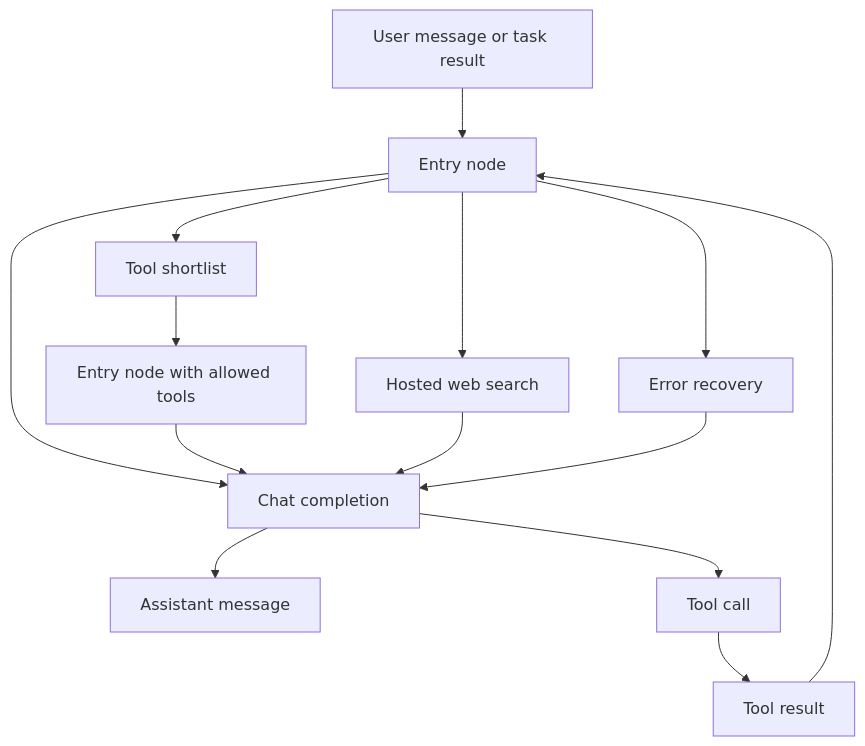
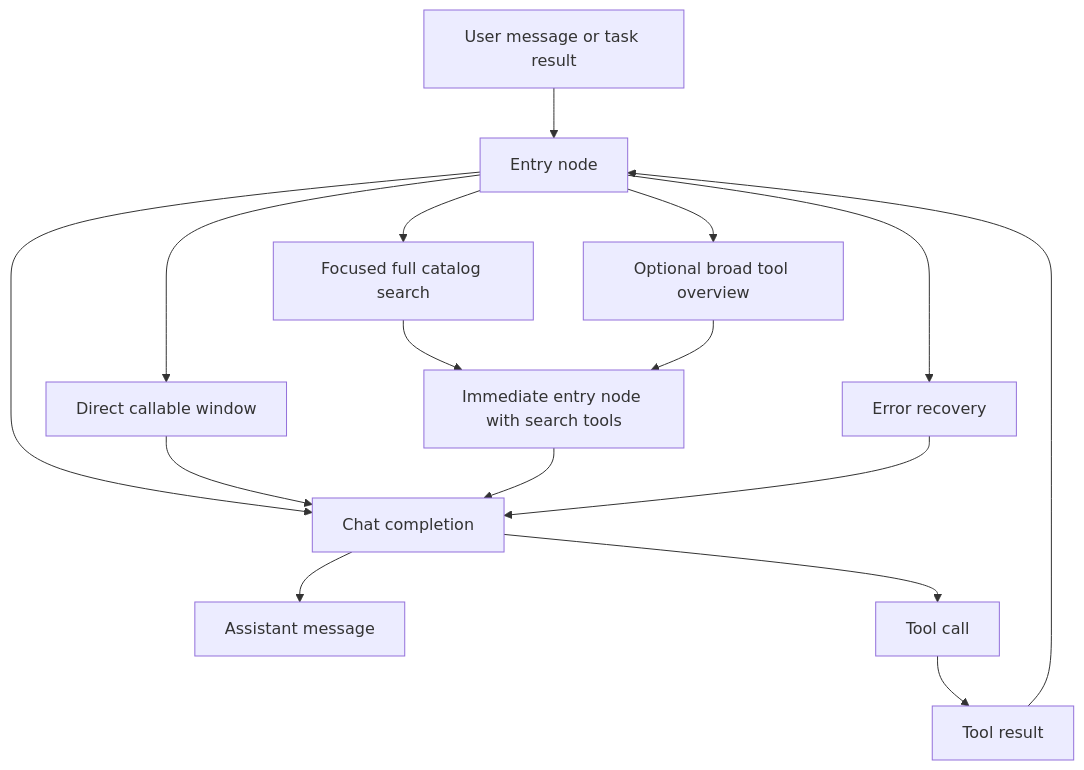
The second of 2 diagrams in public/docs/developer/task-processing.md (Xyntopia/taskyon), drawn with Mermaid before and after one commit. The commit also changed other lines of this file and 27 other files, not shown here.

First line of the commit message:
feat(taskyon): simplify EntryNode tool routing

````diff
--- a/public/docs/developer/task-processing.md
+++ b/public/docs/developer/task-processing.md
@@ -214,16 +220,18 @@
 ```mermaid
 flowchart TD
   Input[User message or task result] --> Router[Entry node]
+  Router --> Window[Direct callable window]
   Router --> Chat[Chat completion]
-  Router --> Shortlist[Tool shortlist]
-  Router --> Search[Hosted web search]
+  Router --> Search[Focused full catalog search]
+  Router --> Overview[Optional broad tool overview]
   Router --> Recover[Error recovery]
-  Shortlist --> NarrowedRouter[Entry node with allowed tools]
+  Window --> Chat
+  Search --> NarrowedRouter[Immediate entry node with search tools]
+  Overview --> NarrowedRouter
   NarrowedRouter --> Chat
-  Search --> Chat
   Recover --> Chat
   Chat --> Answer[Assistant message]
   Chat --> ToolCall[Tool call]
   ToolCall --> ToolResult[Tool result]
   ToolResult --> Router
 ```
````
